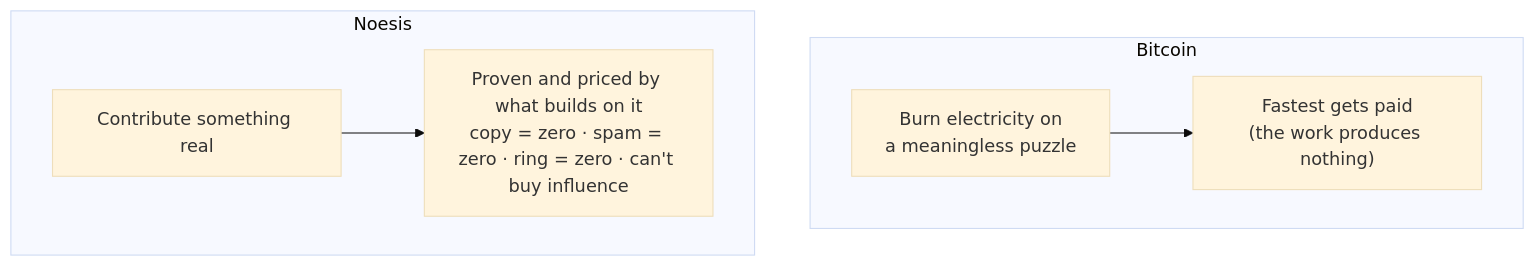
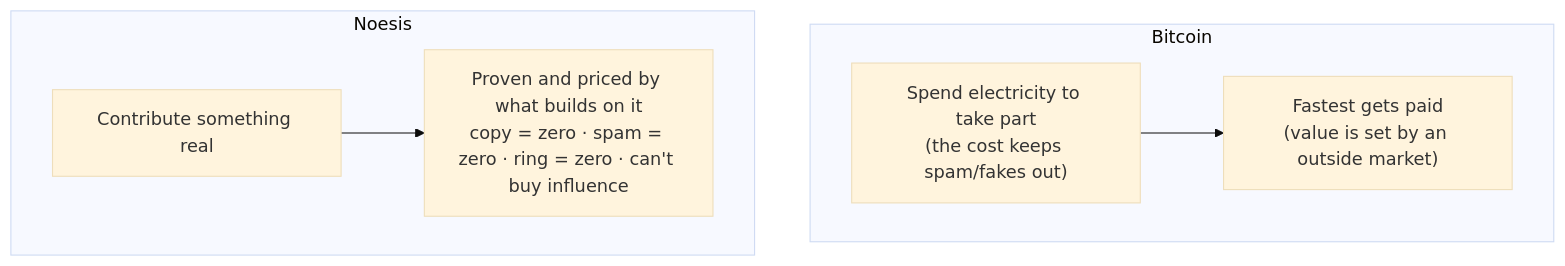
The second of 2 diagrams in docs/NOESIS-FOR-DUMMIES.md (WGlynn/noesis), drawn with Mermaid (base theme) before and after one commit. The commit also changed other lines of this file and 17 other files, not shown here.

First line of the commit message:
docs: PoW reframed honestly (anti-spam + energy-oracle money) + endogenous-value point, across whitepaper + accessible tier

````diff
--- a/docs/NOESIS-FOR-DUMMIES.md
+++ b/docs/NOESIS-FOR-DUMMIES.md
@@ -54,9 +56,9 @@
 ```mermaid
 flowchart TD
   subgraph BTC["Bitcoin"]
-    B1["Burn electricity on<br/>a meaningless puzzle"] --> B2["Fastest gets paid<br/>(the work produces nothing)"]
+    B1["Spend electricity to take part<br/>(the cost keeps spam/fakes out)"] --> B2["Fastest gets paid<br/>(value is set by an outside market)"]
   end
   subgraph NOE["Noesis"]
     N1["Contribute something real"] --> N2["Proven and priced by what builds on it<br/>copy = zero · spam = zero · ring = zero · can't buy influence"]
   end
 ```
````
